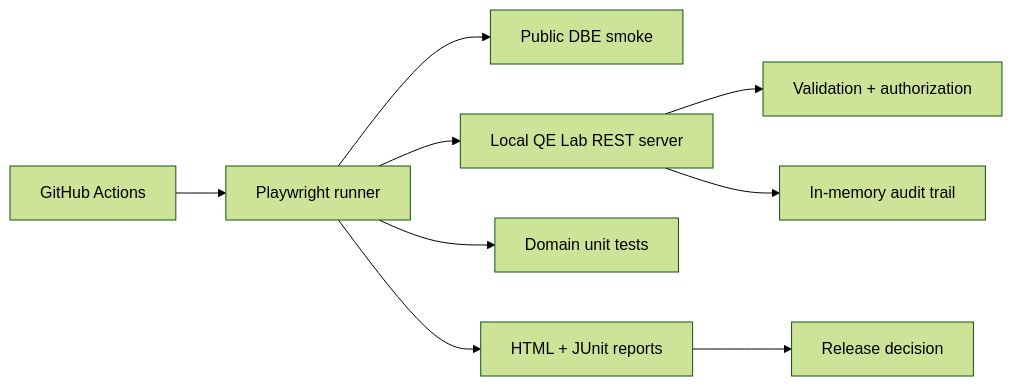
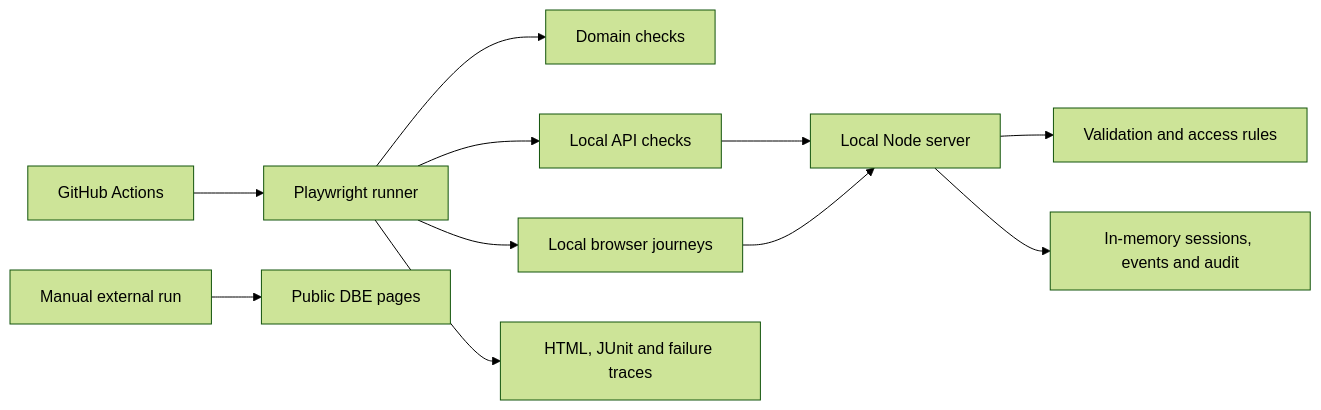
The diagram in dbe-playwright/docs/ARCHITECTURE.md (nedcode/dbetest), drawn with Mermaid (forest theme) before and after one commit. The commit also changed other lines of this file and 39 other files, not shown here.

````diff
--- a/dbe-playwright/docs/ARCHITECTURE.md
+++ b/dbe-playwright/docs/ARCHITECTURE.md
@@ -3,11 +3,13 @@
 ```mermaid
 flowchart LR
-  GH[GitHub Actions] --> PW[Playwright runner]
-  PW --> UI[Public DBE smoke]
-  PW --> LAB[Local QE Lab REST server]
-  PW --> DOM[Domain unit tests]
-  PW --> REP[HTML + JUnit reports]
-  LAB --> VAL[Validation + authorization]
-  LAB --> AUD[In-memory audit trail]
-  REP --> GATE[Release decision]
+  CI[GitHub Actions] --> PW[Playwright runner]
+  PW --> DOMAIN[Domain checks]
+  PW --> API[Local API checks]
+  PW --> UI[Local browser journeys]
+  API --> SERVER[Local Node server]
+  UI --> SERVER
+  SERVER --> RULES[Validation and access rules]
+  SERVER --> STATE[In-memory sessions, events and audit]
+  PW --> REPORT[HTML, JUnit and failure traces]
+  MANUAL[Manual external run] --> DBE[Public DBE pages]
 ```
````
